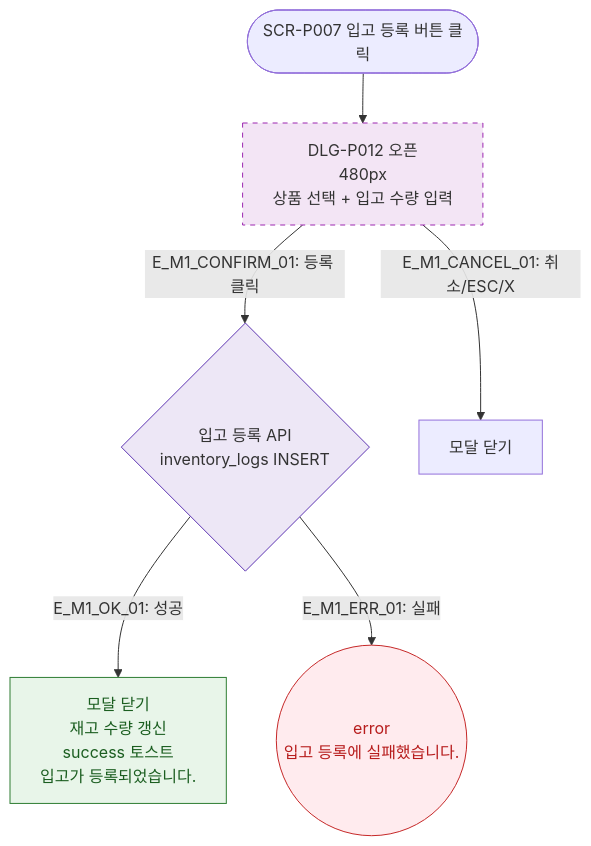
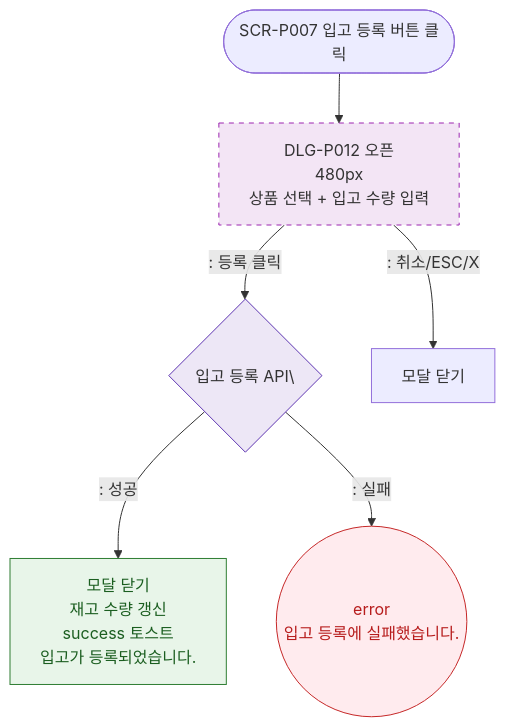
The diagram in docs/다이어그램/D05_상품관리/DLG/DLG-P012_입고등록/M1_모달생명주기.md (dev-spogym/admin-pando), drawn with Mermaid before and after one commit. The commit also changed other lines of this file and 1660 other files, not shown here.

First line of the commit message:
다이어그램: 기획자/클라이언트 납품본으로 정리

````diff
--- a/docs/다이어그램/D05_상품관리/DLG/DLG-P012_입고등록/M1_모달생명주기.md
+++ b/docs/다이어그램/D05_상품관리/DLG/DLG-P012_입고등록/M1_모달생명주기.md
@@ -16,18 +14,18 @@
 ```mermaid
 flowchart TD
     TRIGGER([SCR-P007 입고 등록 버튼 클릭]) --> OpenModal[DLG-P012 오픈\n480px\n상품 선택 + 입고 수량 입력]
-    OpenModal -->|"E_M1_CONFIRM_01: 등록 클릭"| SaveAPI{입고 등록 API\ninventory_logs INSERT}
-    OpenModal -->|"E_M1_CANCEL_01: 취소/ESC/X"| Closed[모달 닫기]
+    OpenModal -->|": 등록 클릭"|SaveAPI{입고 등록 API\}
+    OpenModal -->|": 취소/ESC/X"|Closed[모달 닫기]
 
-    SaveAPI -->|"E_M1_OK_01: 성공"| CloseSuccess[모달 닫기\n재고 수량 갱신\nsuccess 토스트\n입고가 등록되었습니다.]
-    SaveAPI -->|"E_M1_ERR_01: 실패"| SaveErr((error\n입고 등록에 실패했습니다.))
+    SaveAPI -->|": 성공"|CloseSuccess[모달 닫기\n재고 수량 갱신\nsuccess 토스트\n입고가 등록되었습니다.]
+    SaveAPI -->|": 실패"|SaveErr((error\n입고 등록에 실패했습니다.))
 
     classDef newFeature fill:#F3E5F5,stroke:#9C27B0,stroke-dasharray:5 5
     classDef success fill:#E8F5E9,stroke:#2E7D32,color:#1B5E20
     classDef error fill:#FFEBEE,stroke:#C62828,color:#B71C1C
     classDef system fill:#EDE7F6,stroke:#5E35B2
     class OpenModal newFeature
     class CloseSuccess success
     class SaveErr error
     class SaveAPI system
 ```
````
